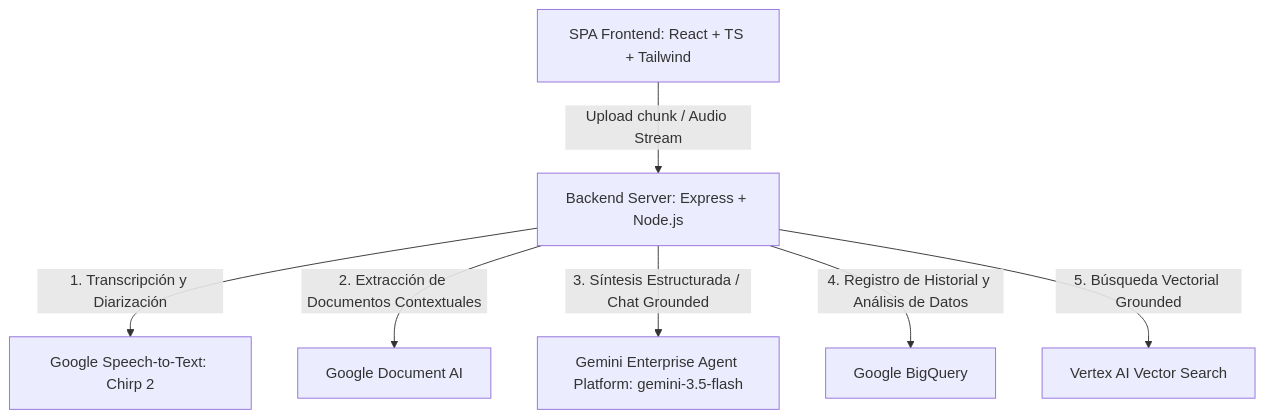
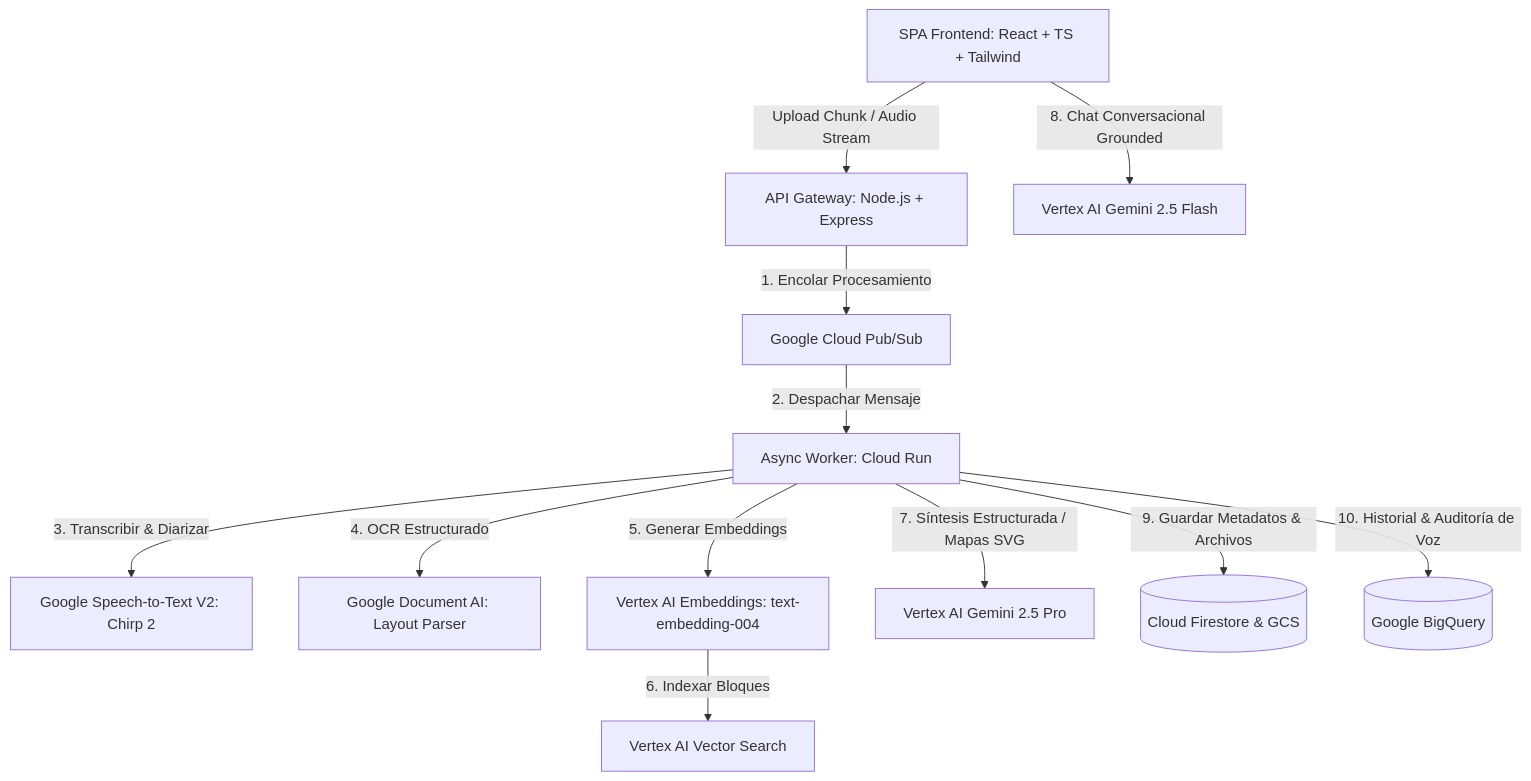
Before and after one commit to yasuguerra/plaud-own: the diagram in docs/TECH_SPECS.md, drawn with Mermaid. The commit also changed other lines of this file and 16 other files, not shown here.

````diff
--- a/docs/TECH_SPECS.md
+++ b/docs/TECH_SPECS.md
@@ -12,9 +12,17 @@
 ```mermaid
 graph TD
-    Client[SPA Frontend: React + TS + Tailwind] -->|Upload chunk / Audio Stream| Server[Backend Server: Express + Node.js]
-    Server -->|1. Transcripción y Diarización| Chirp2[Google Speech-to-Text: Chirp 2]
-    Server -->|2. Extracción de Documentos Contextuales| DocAI[Google Document AI]
-    Server -->|3. Síntesis Estructurada / Chat Grounded| Gemini[Gemini Enterprise Agent Platform: gemini-3.5-flash]
-    Server -->|4. Registro de Historial y Análisis de Datos| BigQuery[Google BigQuery]
-    Server -->|5. Búsqueda Vectorial Grounded| VectorSearch[Vertex AI Vector Search]
+    Client[SPA Frontend: React + TS + Tailwind] -->|Upload Chunk / Audio Stream| Server[API Gateway: Node.js + Express]
+    Server -->|1. Encolar Procesamiento| PubSub[Google Cloud Pub/Sub]
+    PubSub -->|2. Despachar Mensaje| Worker[Async Worker: Cloud Run]
+    
+    Worker -->|3. Transcribir & Diarizar| STTv2[Google Speech-to-Text V2: Chirp 2]
+    Worker -->|4. OCR Estructurado| DocAI[Google Document AI: Layout Parser]
+    Worker -->|5. Generar Embeddings| Embeddings[Vertex AI Embeddings: text-embedding-004]
+    Embeddings -->|6. Indexar Bloques| VectorSearch[Vertex AI Vector Search]
+    
+    Worker -->|7. Síntesis Estructurada / Mapas SVG| GeminiPro[Vertex AI Gemini 2.5 Pro]
+    Client -->|8. Chat Conversacional Grounded| GeminiFlash[Vertex AI Gemini 2.5 Flash]
+    
+    Worker -->|9. Guardar Metadatos & Archivos| DB[(Cloud Firestore & GCS)]
+    Worker -->|10. Historial & Auditoría de Voz| BigQuery[(Google BigQuery)]
 ```
````
